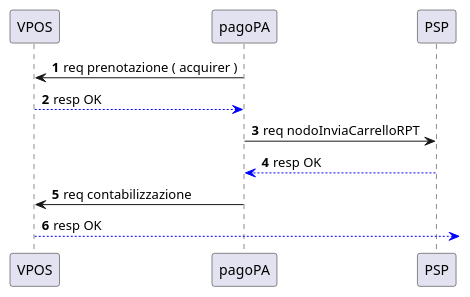
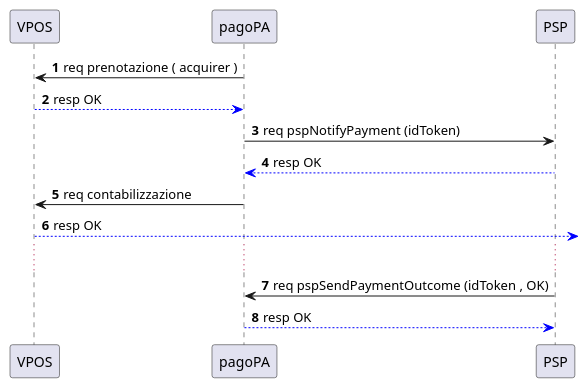
One commit to pagopa-archive/pagopa-specifichepagamenti-docs changed the diagram in puml-diagrams/sd_vpos.puml. Above: the diagram before and after it, drawn with PlantUML. The commit also changed 3 other files, not shown here.

Commit message:
introfduzione pspNotifyPayment

```diff
--- a/puml-diagrams/sd_vpos.puml
+++ b/puml-diagrams/sd_vpos.puml
@@ -1,15 +1,20 @@
 @startuml
 autonumber 
 participant vpos  as "VPOS"
 participant nodo as "pagoPA"
 participant psp as "PSP"
 
 nodo -> vpos : req prenotazione ( acquirer )
 vpos -[#blue]-> nodo : resp OK 
 
-nodo -> psp : req nodoInviaCarrelloRPT
+nodo -> psp : req pspNotifyPayment (idToken)
 psp -[#blue]-> nodo : resp OK
 
 nodo -> vpos : req contabilizzazione
 vpos -[#blue]-> : resp OK
+
+...
+
+psp -> nodo : req pspSendPaymentOutcome (idToken , OK)
+nodo -[#blue]-> psp: resp OK
 @enduml
```
